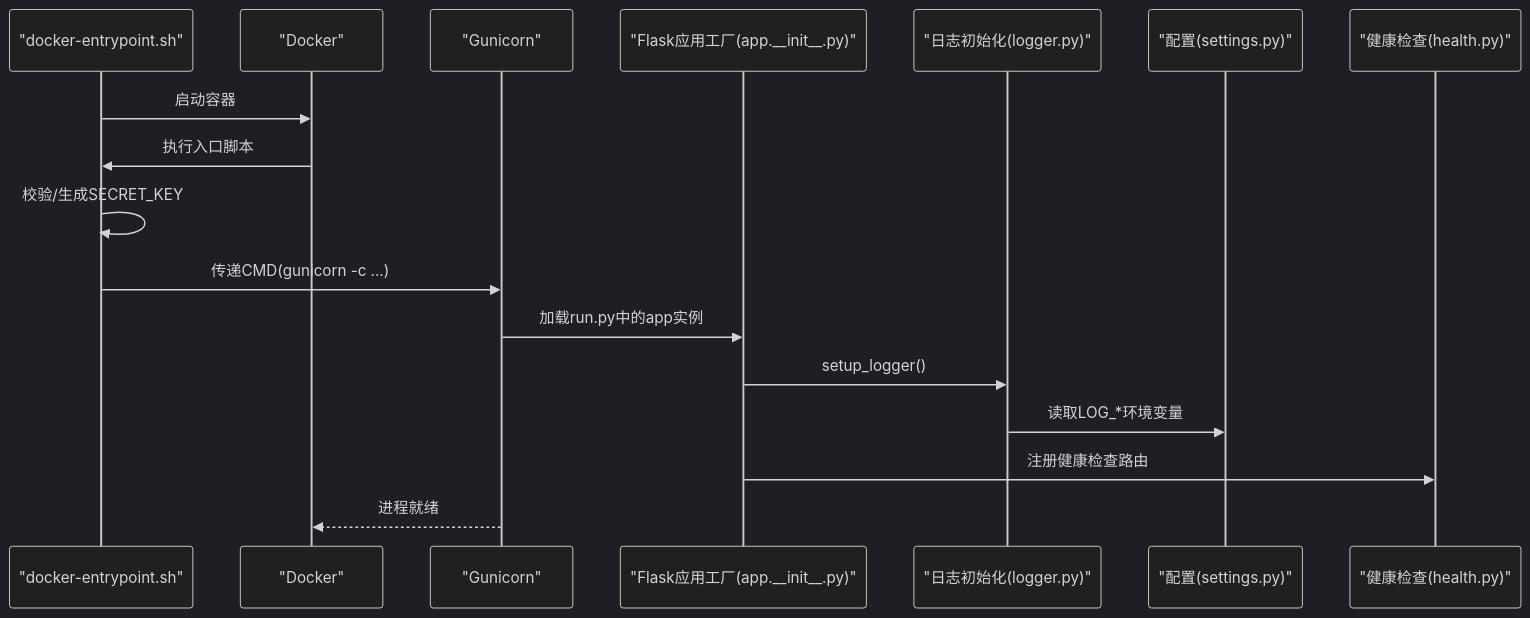
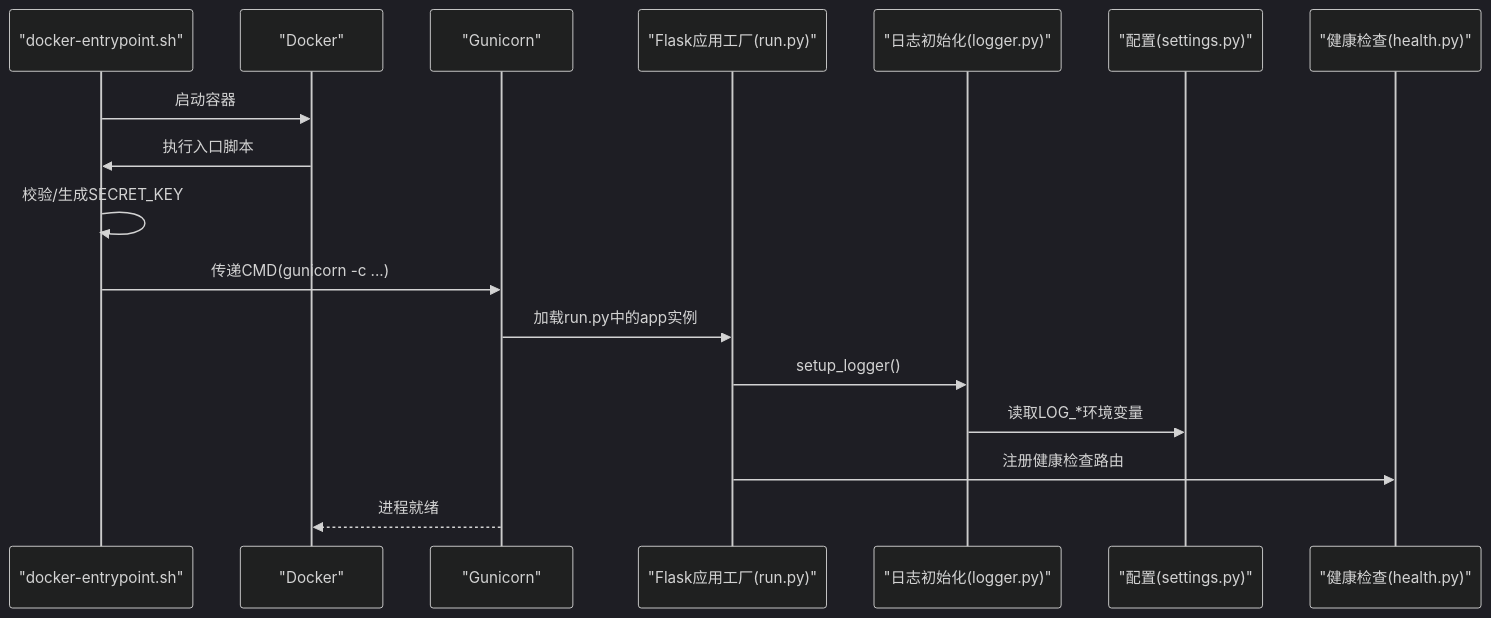
The second of 6 diagrams in .qoder/repowiki/zh/content/部署运维/监控与日志管理.md (joezxh/QuantDinger), drawn with Mermaid (dark theme) before and after one commit. The commit also changed other lines of this file and 39 other files, not shown here.

````diff
--- a/.qoder/repowiki/zh/content/部署运维/监控与日志管理.md
+++ b/.qoder/repowiki/zh/content/部署运维/监控与日志管理.md
@@ -99,19 +89,19 @@
 ```mermaid
 sequenceDiagram
 participant Entrypoint as "docker-entrypoint.sh"
 participant Docker as "Docker"
 participant Gunicorn as "Gunicorn"
-participant App as "Flask应用工厂(app.__init__.py)"
+participant App as "Flask应用工厂(run.py)"
 participant Logger as "日志初始化(logger.py)"
 participant Settings as "配置(settings.py)"
 participant Health as "健康检查(health.py)"
 Entrypoint->>Docker : 启动容器
 Docker->>Entrypoint : 执行入口脚本
 Entrypoint->>Entrypoint : 校验/生成SECRET_KEY
 Entrypoint->>Gunicorn : 传递CMD(gunicorn -c ...)
 Gunicorn->>App : 加载run.py中的app实例
 App->>Logger : setup_logger()
 Logger->>Settings : 读取LOG_*环境变量
 App->>Health : 注册健康检查路由
 Gunicorn-->>Docker : 进程就绪
 ```
````
